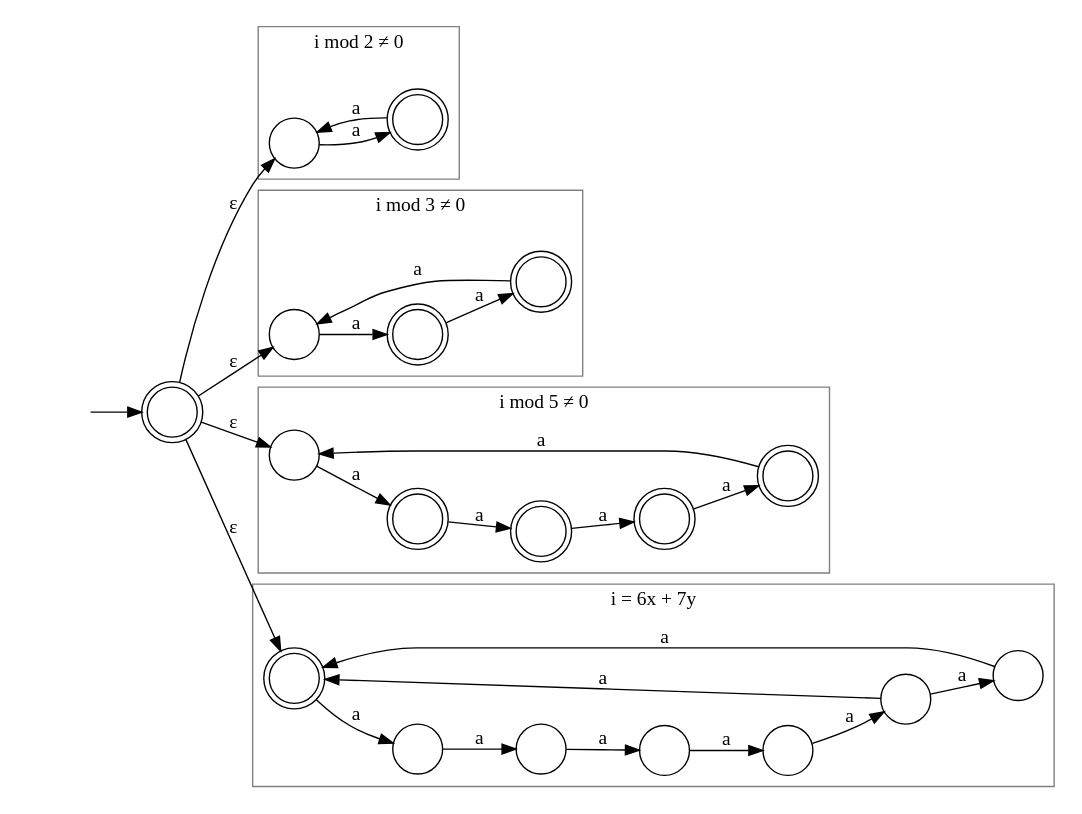
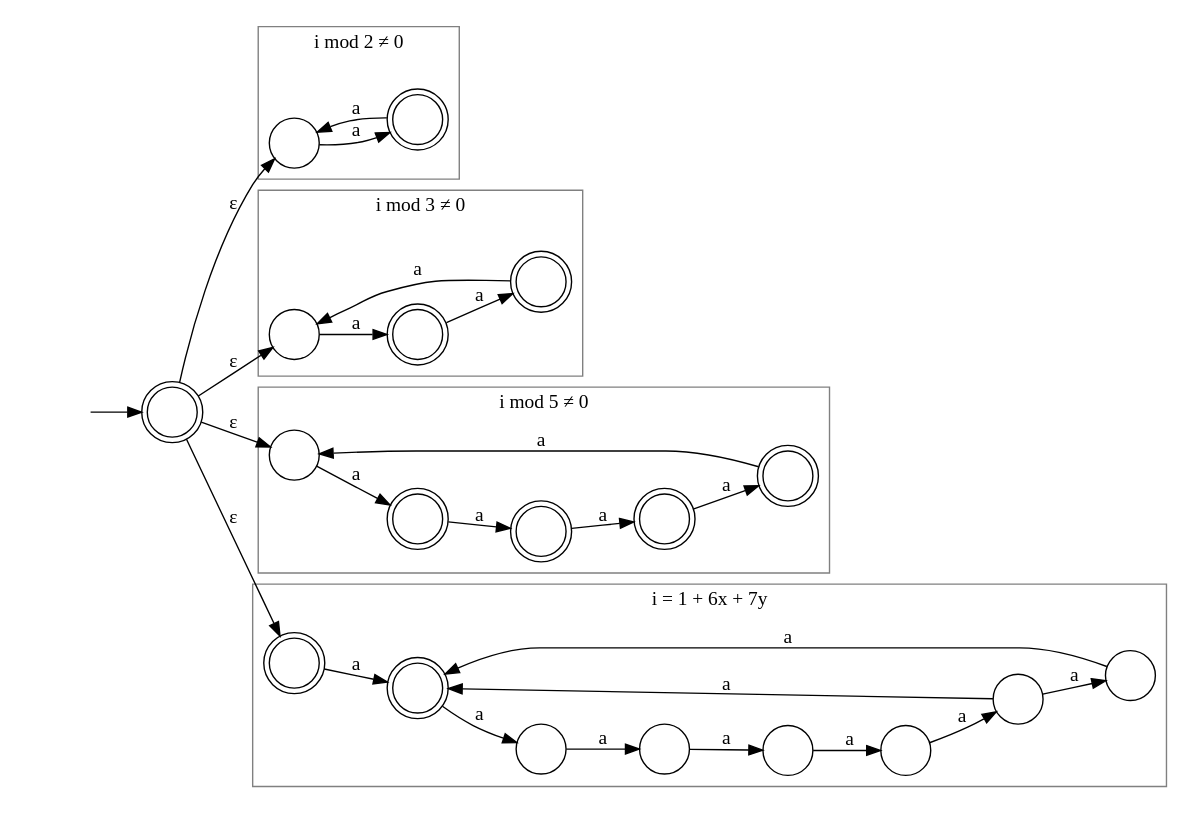
One commit to dzufferey/dzufferey.github.io changed the diagram in concurrency_theory_2019/exercises/solutions_2_ex1-2.md. Above: the diagram before and after it, drawn with Graphviz. The commit also changed other lines of this file, not shown here.

````diff
--- a/concurrency_theory_2019/exercises/solutions_2_ex1-2.md
+++ b/concurrency_theory_2019/exercises/solutions_2_ex1-2.md
@@ -112,52 +123,54 @@
 ```graphviz
 digraph not_30 {
     rankdir=LR;
     init [shape = none, label = ""];
     node [shape = doublecircle, label = ""];
     init -> start;
     edge [ label = "a" ];
     subgraph cluster_not2 {
       color=grey;
       label = "i mod 2 ≠ 0";
       not2 [shape = circle];
       not2  -> not2a;
       not2a -> not2;
     }
     subgraph cluster_not3 {
       color=grey;
       label = "i mod 3 ≠ 0";
       not3 [shape = circle];
       not3  -> not3a;
       not3a -> not3b;
       not3b -> not3;
     }
     subgraph cluster_not5 {
       color=grey;
       label = "i mod 5 ≠ 0";
       not5 [shape = circle];
       not5  -> not5a;
       not5a -> not5b;
       not5b -> not5c;
       not5c -> not5d;
       not5d -> not5;
     }
     subgraph cluster_6or7 {
       color=grey;
-      label = " i = 6x + 7y";
+      label = " i = 1 + 6x + 7y";
       node0
+      nodeA
       node [shape = circle];
-      node0 -> node1;
+      node0 -> nodeA;
+      nodeA -> node1;
       node1 -> node2;
       node2 -> node3;
       node3 -> node4;
       node4 -> node5;
       node5 -> node6;
-      node5 -> node0;
-      node6 -> node0;
+      node5 -> nodeA;
+      node6 -> nodeA;
     }
     start -> not2 [ label = "ε" ];
     start -> not3 [ label = "ε" ];
     start -> not5 [ label = "ε" ];
     start -> node0 [ label = "ε" ];
 }
 ```
````
